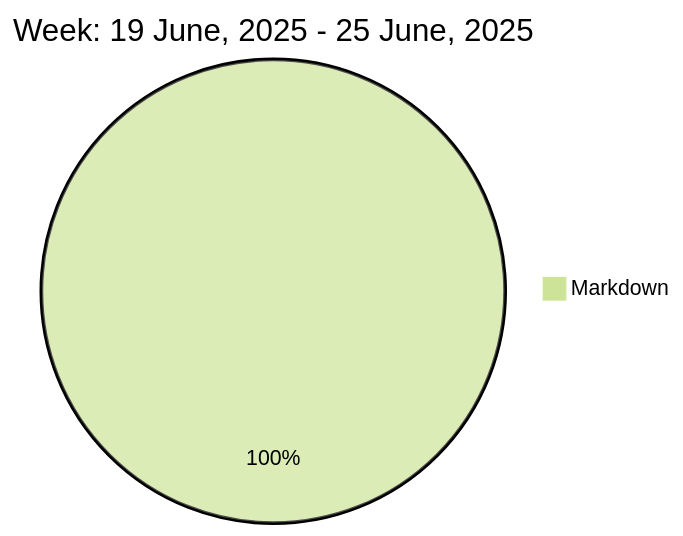
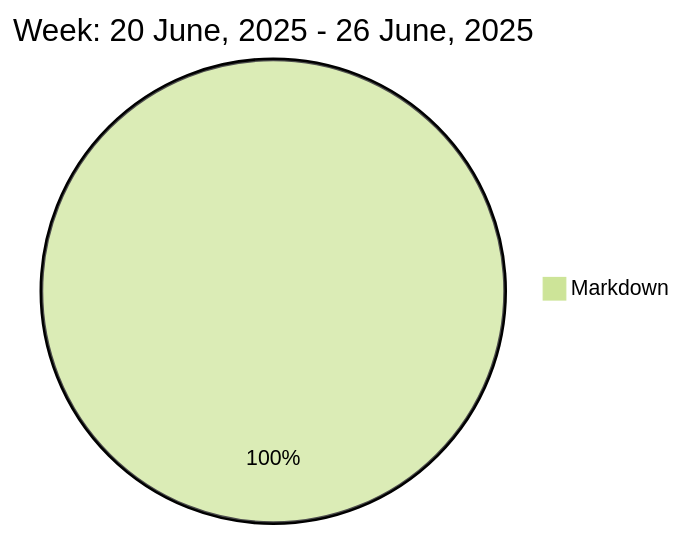
Before and after one commit to liubin95/liubin95: the diagram in README.md, drawn with Mermaid (forest theme).

Commit message:
Updated the Graph with new Metrics

````diff
--- a/README.md
+++ b/README.md
@@ -37,5 +37,5 @@
 ```mermaid
  pie
-title Week: 19 June, 2025 - 25 June, 2025
- "Markdown" : 3.68
+title Week: 20 June, 2025 - 26 June, 2025
+ "Markdown" : 3.55
 ```
````
